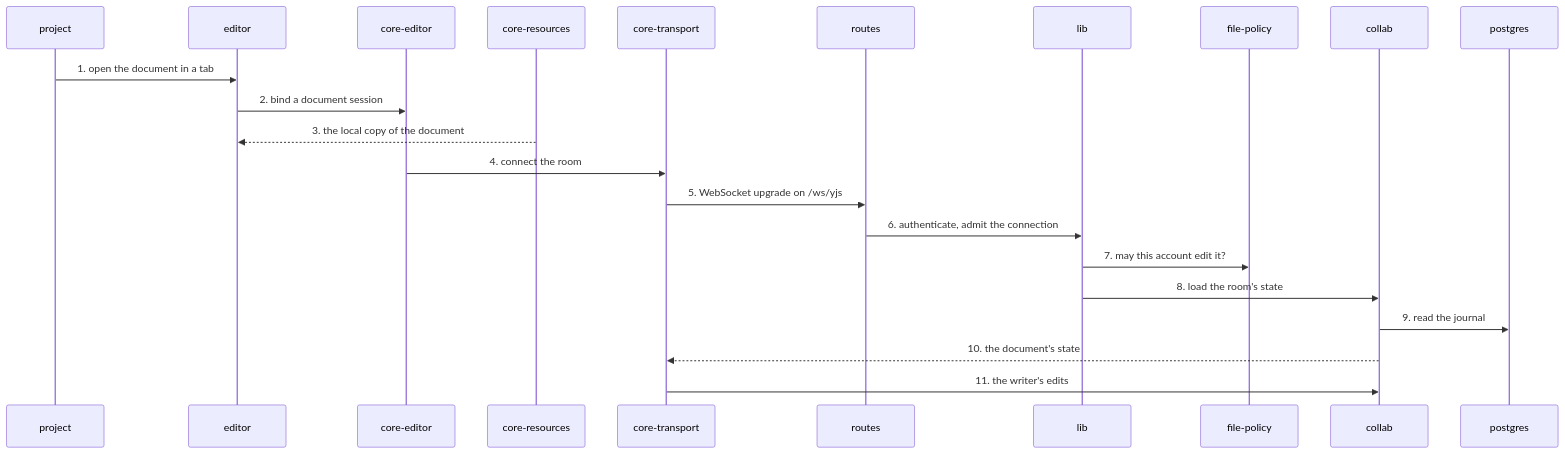
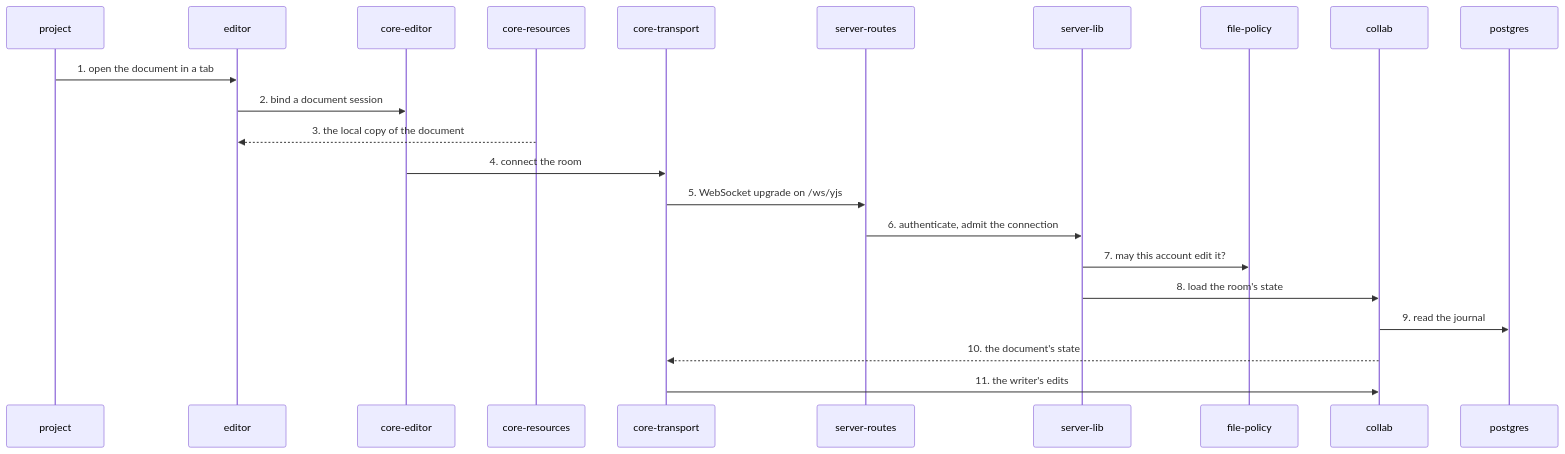
One commit to haowjy/meridian-flow changed the diagram in .context/system-architecture/flows/opening-a-document.md. Above: the diagram before and after it, drawn with Mermaid. The commit also changed 14 other files, not shown here.

First line of the commit message:
check:architecture: rows equal breaks one to one; value imports only; groups take no Paths

````diff
--- a/.context/system-architecture/flows/opening-a-document.md
+++ b/.context/system-architecture/flows/opening-a-document.md
@@ -6,24 +6,24 @@
 ```mermaid
 sequenceDiagram
   participant project
   participant editor
   participant core-editor
   participant core-resources
   participant core-transport
-  participant routes
-  participant lib
+  participant server-routes
+  participant server-lib
   participant file-policy
   participant collab
   participant postgres
   project->>editor: 1. open the document in a tab
   editor->>core-editor: 2. bind a document session
   core-resources-->>editor: 3. the local copy of the document
   core-editor->>core-transport: 4. connect the room
-  core-transport->>routes: 5. WebSocket upgrade on /ws/yjs
-  routes->>lib: 6. authenticate, admit the connection
-  lib->>file-policy: 7. may this account edit it?
-  lib->>collab: 8. load the room's state
+  core-transport->>server-routes: 5. WebSocket upgrade on /ws/yjs
+  server-routes->>server-lib: 6. authenticate, admit the connection
+  server-lib->>file-policy: 7. may this account edit it?
+  server-lib->>collab: 8. load the room's state
   collab->>postgres: 9. read the journal
   collab-->>core-transport: 10. the document's state
   core-transport->>collab: 11. the writer's edits
 ```
````
